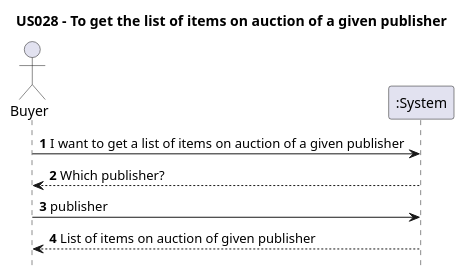
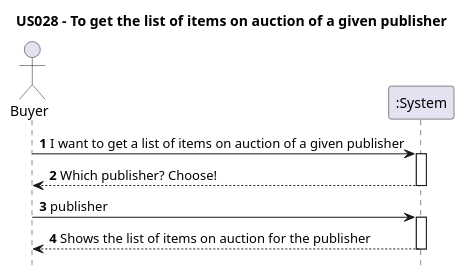
Before and after one commit to AndrePereiraGitH/SWitCH-Project-Team_A: the diagram in Diagrams/SequenceDiagrams/N1/US028-to-get-list-of-items-on-auction-of-given-publisher.puml, drawn with PlantUML. The commit also changed 13 other files, not shown here.

Commit message:
Closes #335, redesign and refactoring of US028 - updated SSD, SD, CD diagrams (closes #336) and updated unit tests with mocks and methods implementation (closes #337)

```diff
--- a/Diagrams/SequenceDiagrams/N1/US028-to-get-list-of-items-on-auction-of-given-publisher.puml
+++ b/Diagrams/SequenceDiagrams/N1/US028-to-get-list-of-items-on-auction-of-given-publisher.puml
@@ -1,16 +1,19 @@
 @startuml
 'https://plantuml.com/sequence-diagram
 
 hide footbox
 title US028 - To get the list of items on auction of a given publisher
 
 actor Buyer
 participant ":System" as System
 
 Buyer -> System : **1** I want to get a list of items on auction of a given publisher
-Buyer <-- System : **2** Which publisher?
+activate System
+Buyer <-- System : **2** Which publisher? Choose!
+deactivate System
 Buyer -> System : **3** publisher
-
-System --> Buyer : **4** List of items on auction of given publisher
+activate System
+System --> Buyer : **4** Shows the list of items on auction for the publisher
+deactivate System
 
 @enduml
```
